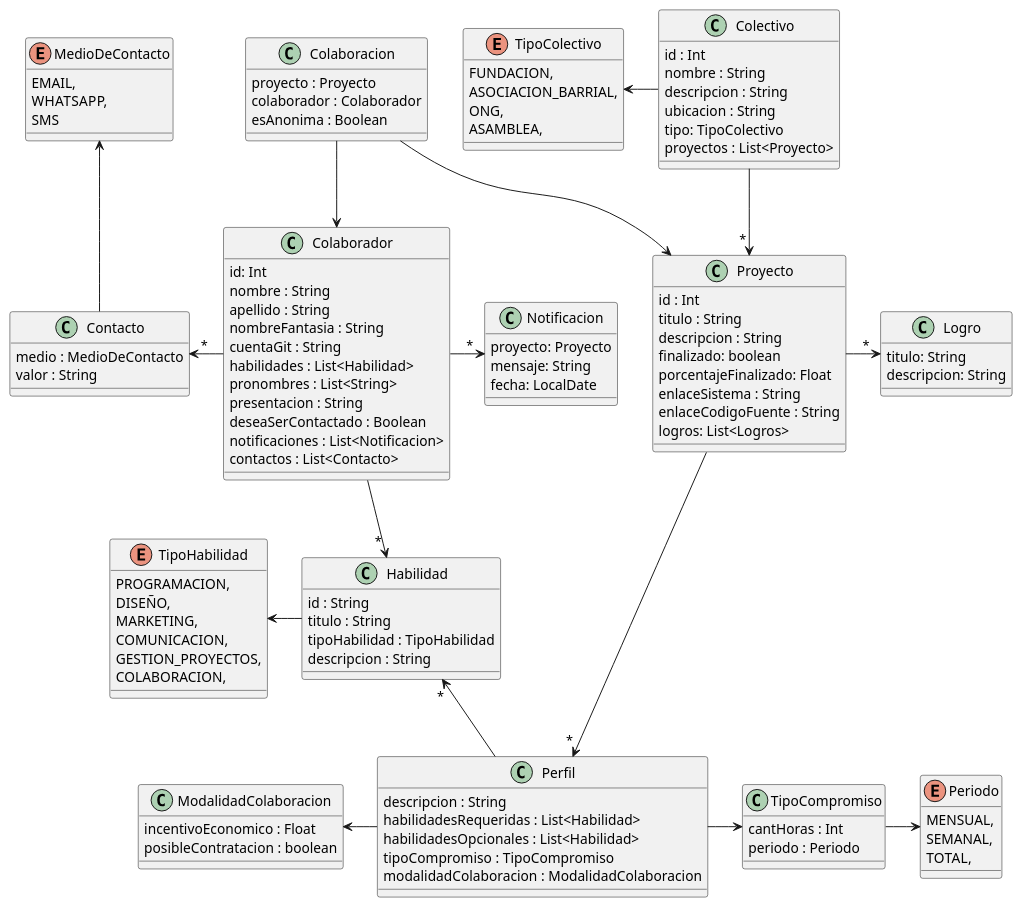
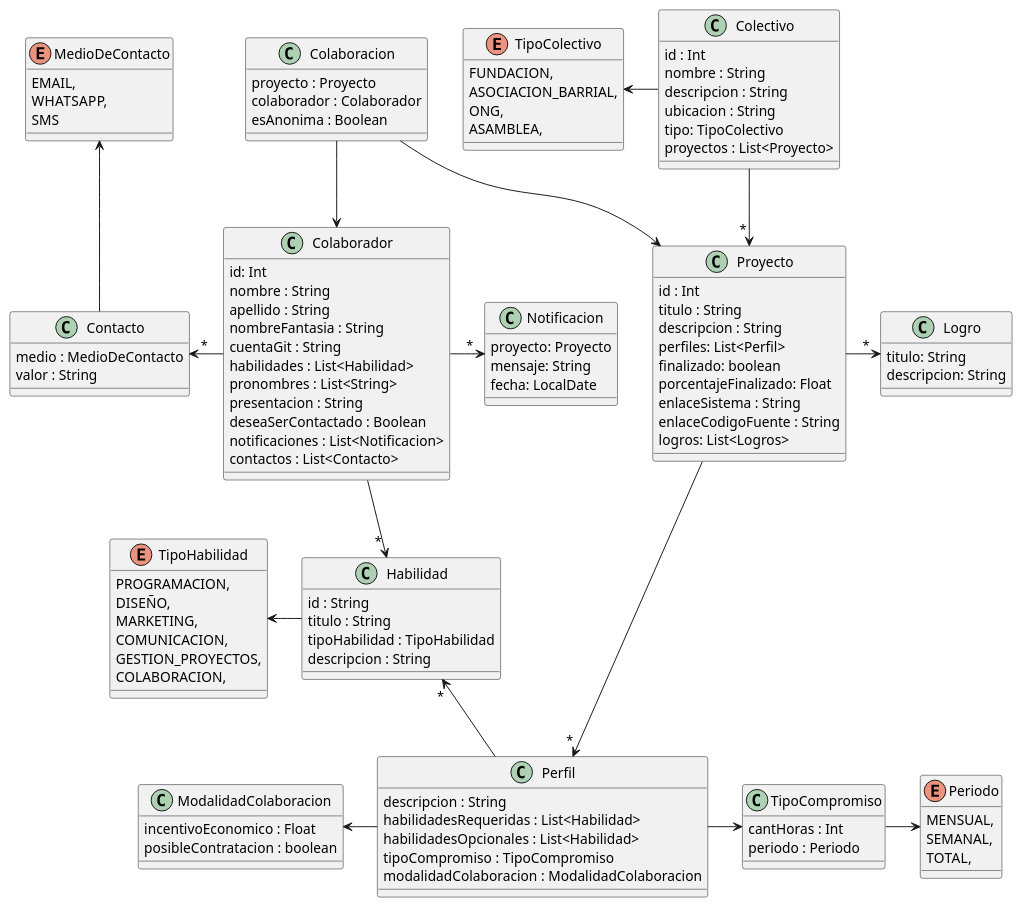
One commit to luchoetapia/tp_ddso_grupo_4 changed the diagram in diagramaDeClases.puml. Above: the diagram before and after it, drawn with PlantUML. The commit also changed 1 other file, not shown here.

```diff
--- a/diagramaDeClases.puml
+++ b/diagramaDeClases.puml
@@ -1,137 +1,138 @@
 @startuml
 
 class Colectivo {
 id : Int
 nombre : String
 descripcion : String
 ubicacion : String
 tipo: TipoColectivo
 proyectos : List<Proyecto>
 }
 
 '(Fran): Aca sacaría el finalizado y le dejearía el porcentaje solo.
 class Proyecto {
 id : Int 
 titulo : String
 descripcion : String
+perfiles: List<Perfil>
 finalizado: boolean
 porcentajeFinalizado: Float
 enlaceSistema : String
 enlaceCodigoFuente : String
 logros: List<Logros>
 }
 
 '(Fran): No estoy seguro que mas agregarle a los logros, consultar.
 class Logro {
 titulo: String
 descripcion: String
 }
 
 class Perfil {
 descripcion : String
 habilidadesRequeridas : List<Habilidad>
 habilidadesOpcionales : List<Habilidad>
 tipoCompromiso : TipoCompromiso
 modalidadColaboracion : ModalidadColaboracion
 }
 
 class TipoCompromiso {
 cantHoras : Int
 periodo : Periodo
 }
 
 ' Cambio el id a String, porque el enunciado dice que es el titulo normalizado.
 class Habilidad {
 id : String
 titulo : String
 tipoHabilidad : TipoHabilidad
 descripcion : String
 }
 
 class Colaborador{
 id: Int
 nombre : String
 apellido : String
 nombreFantasia : String
 cuentaGit : String
 habilidades : List<Habilidad>
 pronombres : List<String>
 presentacion : String
 deseaSerContactado : Boolean
 notificaciones : List<Notificacion>
 contactos : List<Contacto>
 }
 
 class Contacto {
 medio : MedioDeContacto
 valor : String
 }
 
 enum MedioDeContacto {
 EMAIL,
 WHATSAPP,
 SMS
 }
 
 class Notificacion {
 proyecto: Proyecto
 mensaje: String
 fecha: LocalDate
 }
 
 class Colaboracion {
 proyecto : Proyecto
 colaborador : Colaborador
 esAnonima : Boolean
 }
 
 class ModalidadColaboracion {
 incentivoEconomico : Float
 posibleContratacion : boolean
 }
 
 enum TipoColectivo {
 FUNDACION, 
 ASOCIACION_BARRIAL, 
 ONG, 
 ASAMBLEA,
 }
 
 enum Periodo {
 MENSUAL, 
 SEMANAL, 
 TOTAL,
 }
 
 enum TipoHabilidad {
 PROGRAMACION, 
 DISEÑO, 
 MARKETING, 
 COMUNICACION, 
 GESTION_PROYECTOS, 
 COLABORACION,
 }
 
 Colectivo -d-> " * " Proyecto
 Colectivo -l-> TipoColectivo
 
 Proyecto -d-> " * " Perfil
 Proyecto -> " * " Logro
 
 Perfil -r-> TipoCompromiso
 Perfil -l-> ModalidadColaboracion
 Perfil -u-> " * " Habilidad
 
 Colaboracion -d-> Proyecto
 
 Colaborador <-u- Colaboracion
 Colaborador -d-> " * " Habilidad
 Colaborador -l-> " * " Contacto
 Colaborador -> " * " Notificacion
 
 Contacto -u-> MedioDeContacto
 
 TipoCompromiso -r-> Periodo
 
 Habilidad -l-> TipoHabilidad
 @enduml
```
